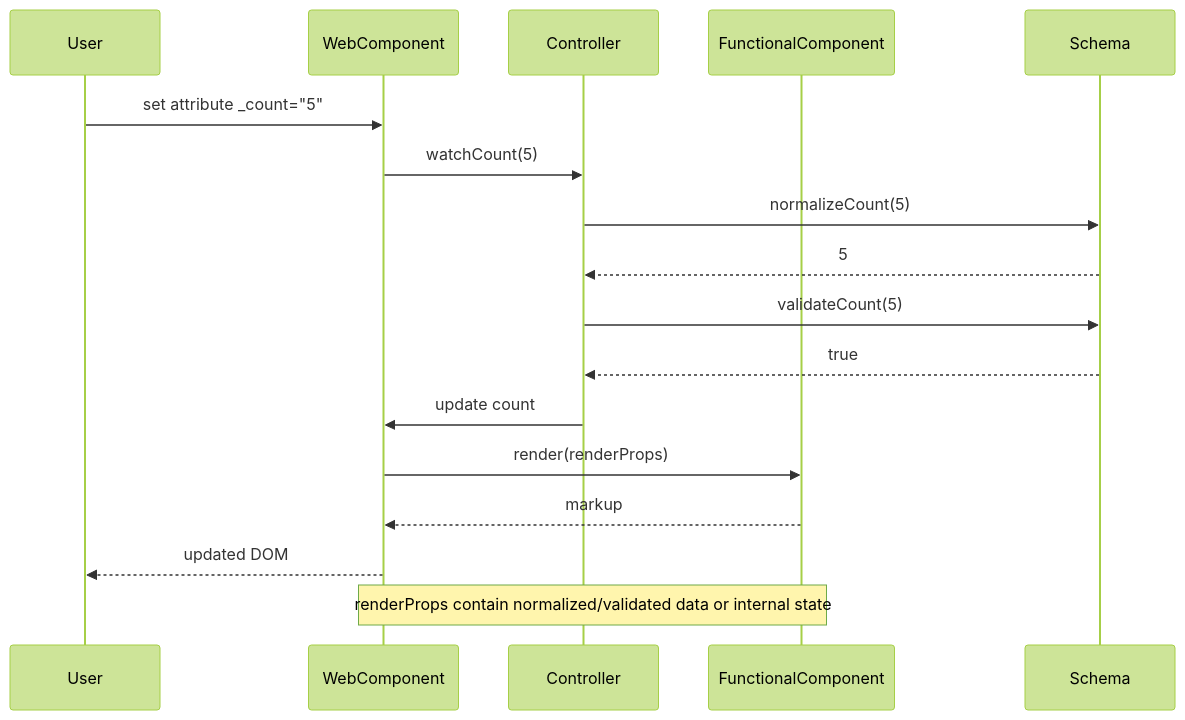
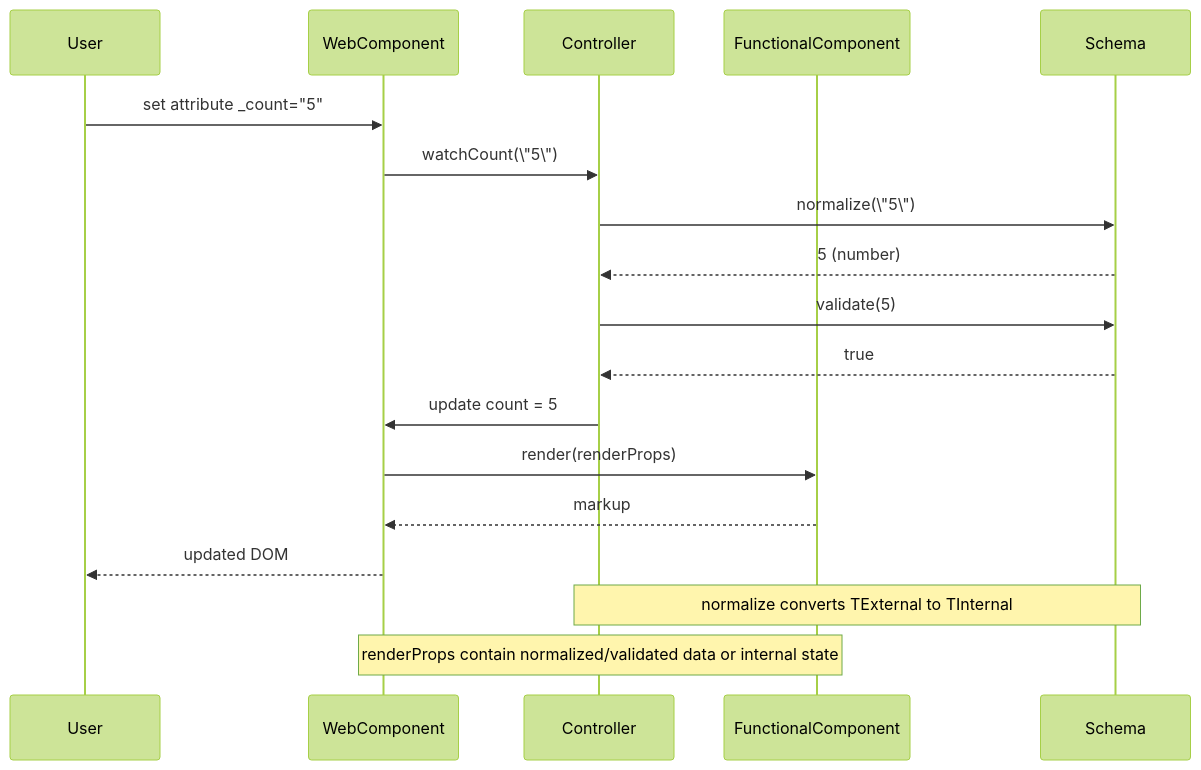
Before and after one commit to public-ui/kolibri: the third of 3 diagrams in packages/components/src/components/_skeleton/ARC42.md, drawn with Mermaid (forest theme). The commit also changed other lines of this file and 13 other files, not shown here.

````diff
--- a/packages/components/src/components/_skeleton/ARC42.md
+++ b/packages/components/src/components/_skeleton/ARC42.md
@@ -251,19 +272,20 @@
 ```mermaid
 sequenceDiagram
     participant U as User
     participant WC as WebComponent
     participant CTRL as Controller
     participant FC as FunctionalComponent
     participant S as Schema
     U->>WC: set attribute _count="5"
-    WC->>CTRL: watchCount(5)
-    CTRL->>S: normalizeCount(5)
-    S-->>CTRL: 5
-    CTRL->>S: validateCount(5)
+    WC->>CTRL: watchCount(\"5\")
+    CTRL->>S: normalize(\"5\")
+    S-->>CTRL: 5 (number)
+    CTRL->>S: validate(5)
     S-->>CTRL: true
-    CTRL->>WC: update count
+    CTRL->>WC: update count = 5
     WC->>FC: render(renderProps)
     FC-->>WC: markup
     WC-->>U: updated DOM
+    Note over S,CTRL: normalize converts TExternal to TInternal
     Note over FC,WC: renderProps contain normalized/validated data or internal state
 ```
````
